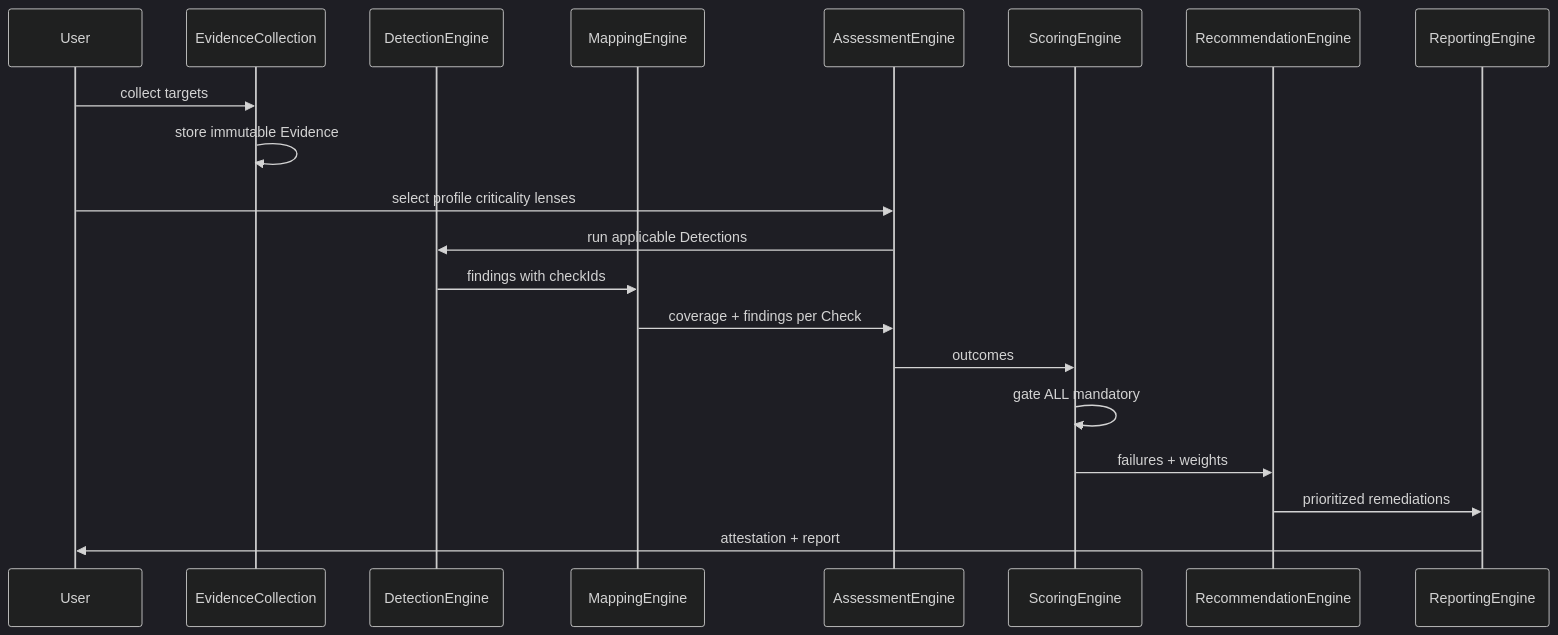
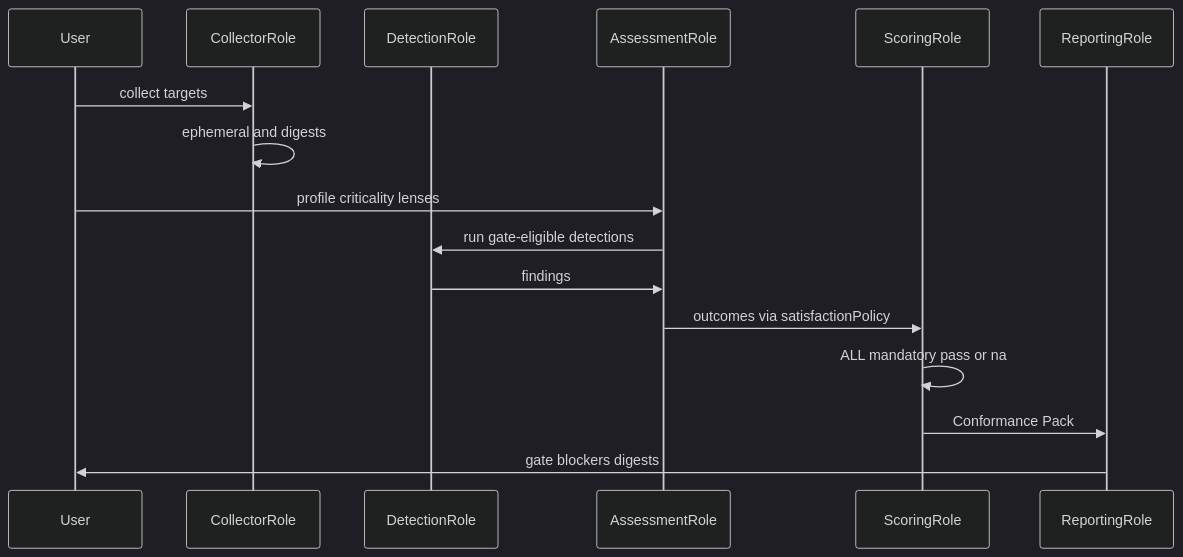
One commit to stackrail-io/APRF changed the sixth of 6 diagrams in ARCHITECTURE.md. Above: the diagram before and after it, drawn with Mermaid (dark theme). The commit also changed other lines of this file and 2 other files, not shown here.

First line of the commit message:
Harden architecture after adversarial multi-vendor review.

````diff
--- a/ARCHITECTURE.md
+++ b/ARCHITECTURE.md
@@ -377,23 +276,19 @@
 ```mermaid
 sequenceDiagram
   participant User
-  participant Collect as EvidenceCollection
-  participant Detect as DetectionEngine
-  participant Map as MappingEngine
-  participant Assess as AssessmentEngine
-  participant Score as ScoringEngine
-  participant Rec as RecommendationEngine
-  participant Report as ReportingEngine
+  participant Collect as CollectorRole
+  participant Detect as DetectionRole
+  participant Assess as AssessmentRole
+  participant Score as ScoringRole
+  participant Report as ReportingRole
 
   User->>Collect: collect targets
-  Collect->>Collect: store immutable Evidence
-  User->>Assess: select profile criticality lenses
-  Assess->>Detect: run applicable Detections
-  Detect->>Map: findings with checkIds
-  Map->>Assess: coverage + findings per Check
-  Assess->>Score: outcomes
-  Score->>Score: gate ALL mandatory
-  Score->>Rec: failures + weights
-  Rec->>Report: prioritized remediations
-  Report->>User: attestation + report
+  Collect->>Collect: ephemeral and digests
+  User->>Assess: profile criticality lenses
+  Assess->>Detect: run gate-eligible detections
+  Detect->>Assess: findings
+  Assess->>Score: outcomes via satisfactionPolicy
+  Score->>Score: ALL mandatory pass or na
+  Score->>Report: Conformance Pack
+  Report->>User: gate blockers digests
 ```
````
